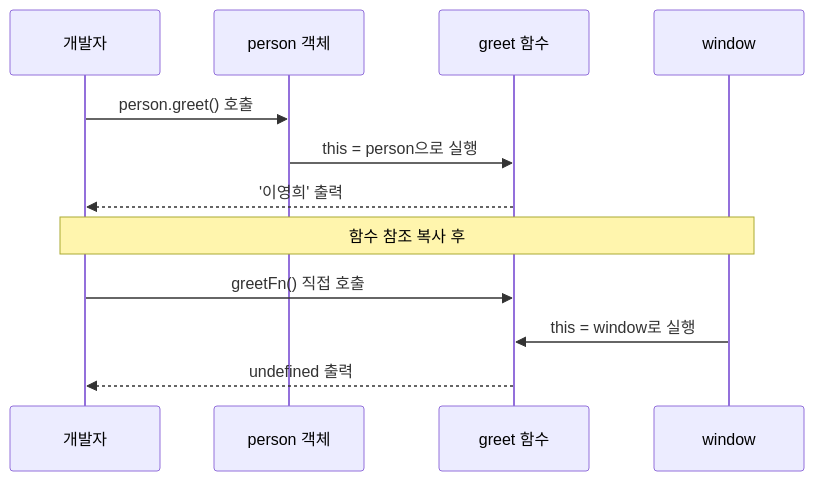
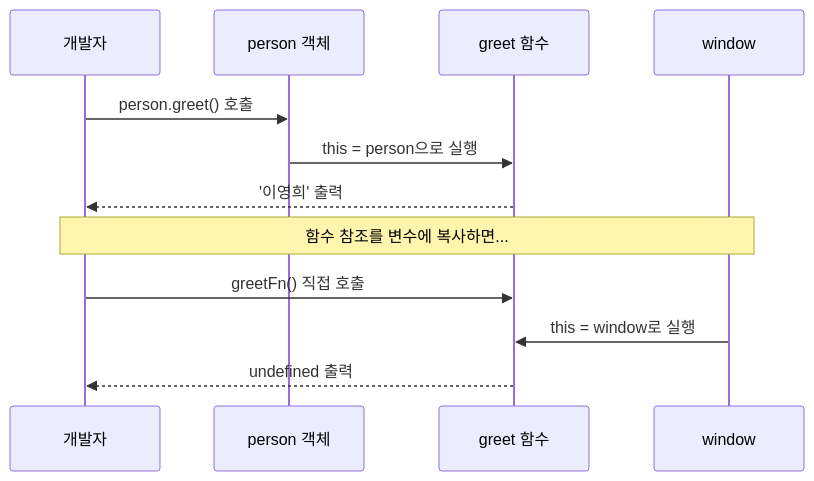
Before and after one commit to yjkim2015/yjkim2015.github.io: the second of 7 diagrams in _posts/frontend/2026-05-02-js-this-binding.md, drawn with Mermaid. The commit also changed other lines of this file and 122 other files, not shown here.

````diff
--- a/_posts/frontend/2026-05-02-js-this-binding.md
+++ b/_posts/frontend/2026-05-02-js-this-binding.md
@@ -140,17 +142,17 @@
 ```mermaid
 sequenceDiagram
     participant Dev as 개발자
     participant Obj as person 객체
     participant Fn as greet 함수
     participant Win as window
 
     Dev->>Obj: person.greet() 호출
     Obj->>Fn: this = person으로 실행
     Fn-->>Dev: '이영희' 출력
 
-    Note over Dev,Win: 함수 참조 복사 후
+    Note over Dev,Win: 함수 참조를 변수에 복사하면...
 
     Dev->>Fn: greetFn() 직접 호출
     Win->>Fn: this = window로 실행
     Fn-->>Dev: undefined 출력
 ```
````
